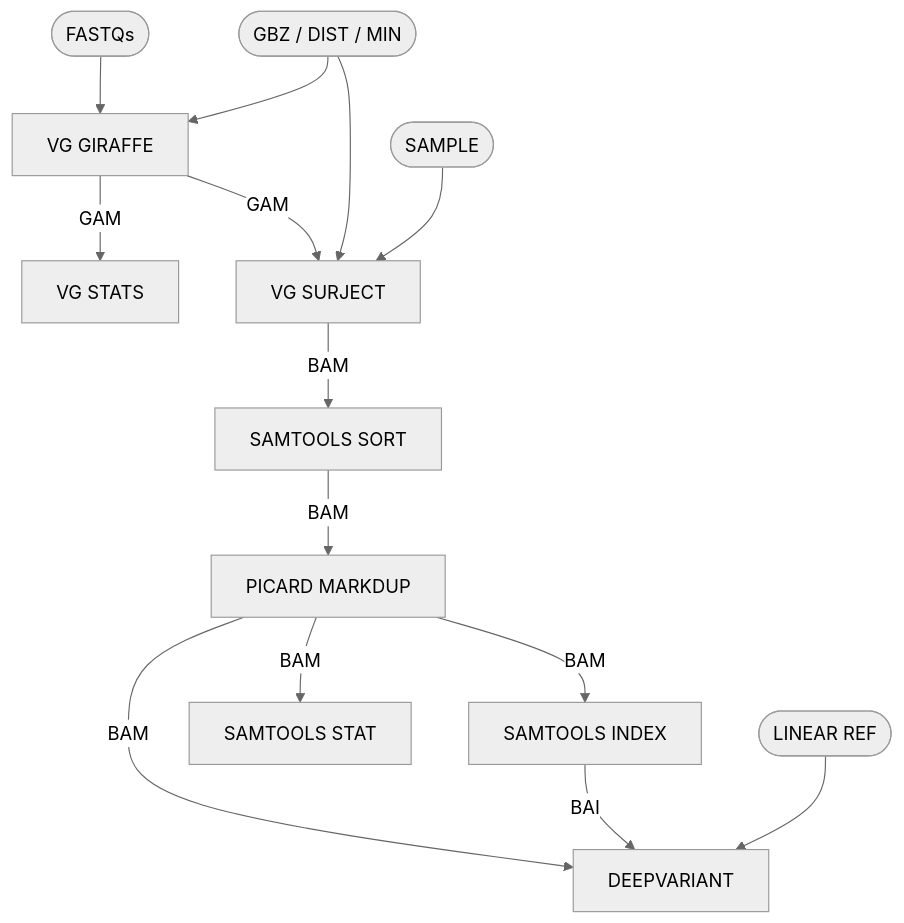
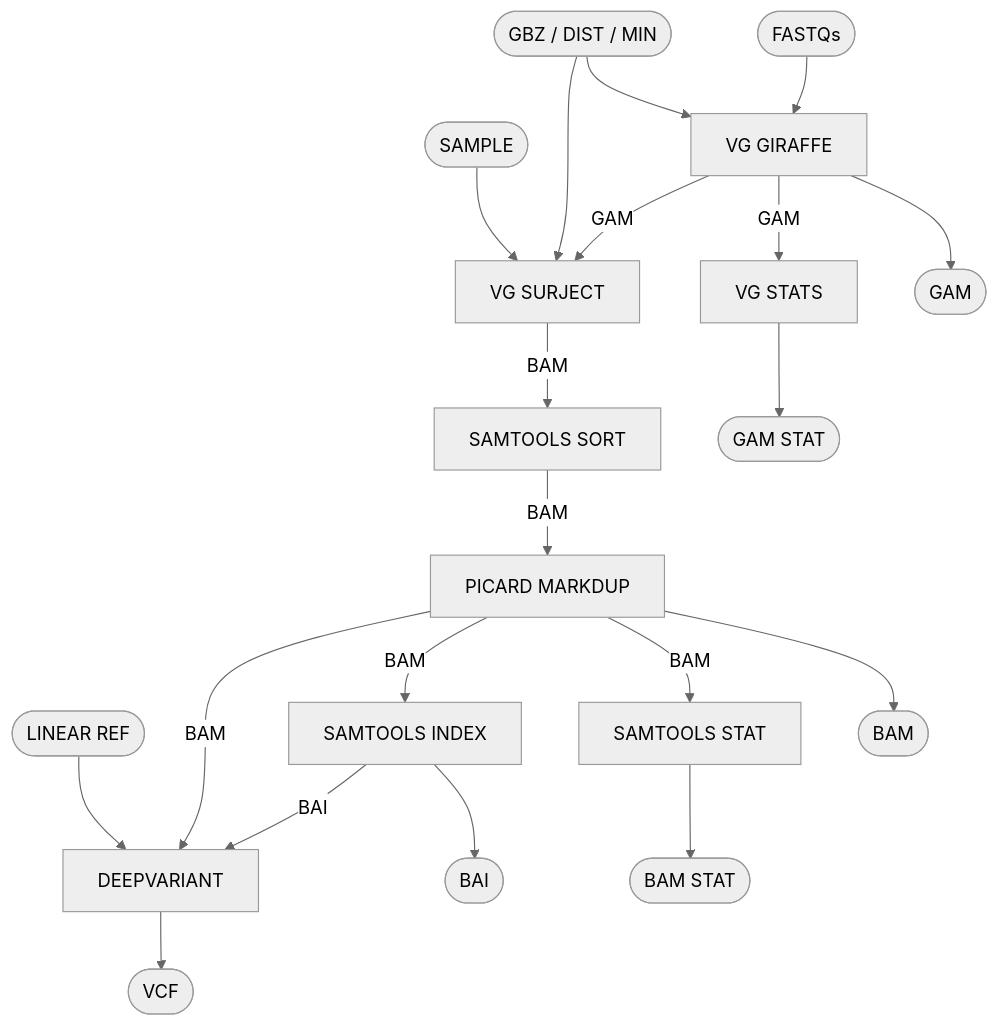
One commit to genome/cig-pipelines changed the diagram in wdl/pipelines/pangenome/wgs.doc.md. Above: the diagram before and after it, drawn with Mermaid (neutral theme).

````diff
--- a/wdl/pipelines/pangenome/wgs.doc.md
+++ b/wdl/pipelines/pangenome/wgs.doc.md
@@ -6,21 +6,33 @@
 ```mermaid
   flowchart TB;
       i1([FASTQs]);
       i2([GBZ / DIST / MIN]);
       i3([LINEAR REF])
       i4([SAMPLE])
+
       s1[VG GIRAFFE];
       s2[VG STATS];
       s3[VG SURJECT];
       s4[SAMTOOLS SORT];
       s5[PICARD MARKDUP];
       s6[SAMTOOLS STAT];
       s7[SAMTOOLS INDEX];
       s8[DEEPVARIANT];
-      i1-->s1; i2-->s1
-      s1--GAM-->s2; s1--GAM-->s3;
+
+      o11([GAM])
+      o12([GAM STAT])
+      o2([BAM])
+      o6([BAM STAT])
+      o7([BAI])
+      o8([VCF])
+
+      i1-->s1; i2-->s1; s1-->o11;
+      s1--GAM-->s2; s2-->o12;
+      s1--GAM-->s3;
       i2-->s3; i4-->s3;
-      s3--BAM-->s4--BAM-->s5
-      s5--BAM-->s6; s5--BAM-->s7; s5--BAM-->s8;
+      s3--BAM-->s4--BAM-->s5; s5-->o2;
+      s5--BAM-->s6; s6-->o6;
+      s5--BAM-->s7; s7-->o7;
+      s5--BAM-->s8; s8-->o8;
       s7--BAI-->s8; i3-->s8;
 ```
````
